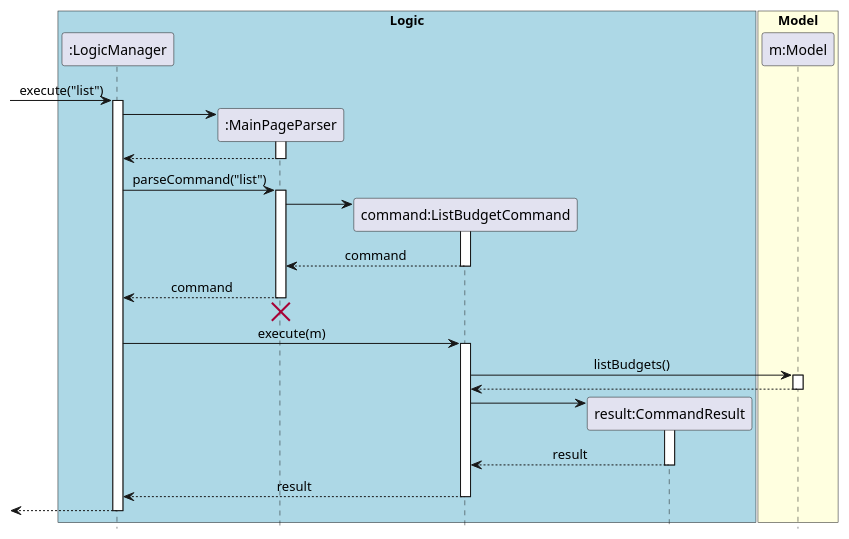
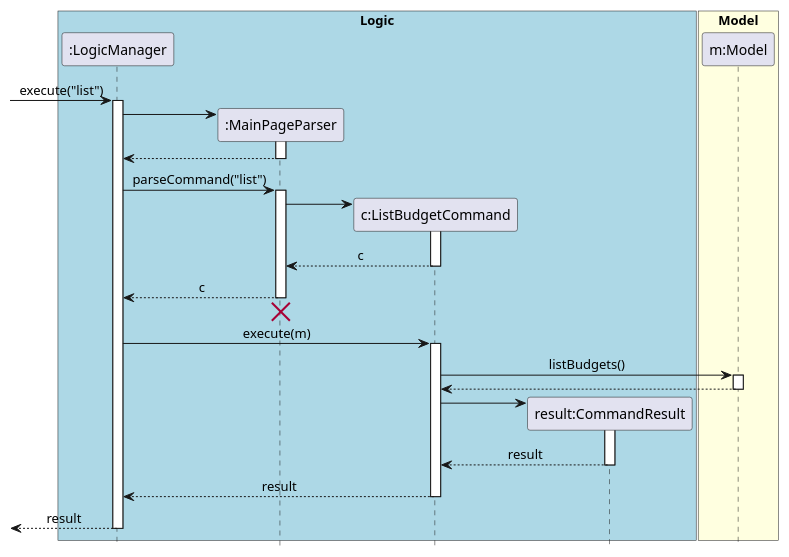
One commit to yu-ming-chen/tp changed the diagram in docs/diagrams/commandsPlantUML/ListBudgetCommand.puml. Above: the diagram before and after it, drawn with PlantUML. The commit also changed 9 other files, not shown here.

Commit message:
Fix sequence diagrams

```diff
--- a/docs/diagrams/commandsPlantUML/ListBudgetCommand.puml
+++ b/docs/diagrams/commandsPlantUML/ListBudgetCommand.puml
@@ -1,59 +1,59 @@
 @startuml
 hide footbox
 skinparam Sequence {
     MessageAlign center
 }
 box "Logic" #LightBlue
 participant ":LogicManager" as LM
 participant ":MainPageParser" as MPP
-participant "command:ListBudgetCommand" as LBC
+participant "c:ListBudgetCommand" as LBC
 participant "result:CommandResult" as CR
 end box
 
 box "Model" #LightYellow
 participant "m:Model" as M
 end box
 
 [-> LM : execute("list")
 activate LM
 create MPP
 LM -> MPP
 activate MPP
 LM <-- MPP
 deactivate MPP
 
 LM -> MPP : parseCommand("list")
 activate MPP
 
 create LBC
 MPP -> LBC
 activate LBC
-MPP <-- LBC : command
+MPP <-- LBC : c
 deactivate LBC
-LM <-- MPP : command
+LM <-- MPP : c
 
 deactivate MPP
 LM <-[hidden]- MPP
 destroy MPP
 
 LM -> LBC : execute(m)
 activate LBC
 
 LBC -> M : listBudgets()
 activate M
 LBC <-- M
 deactivate M
 
 create CR
 LBC -> CR
 activate CR
 LBC <-- CR : result
 deactivate CR
 
 LM <-- LBC : result
 deactivate LBC
 
-[<-- LM
+[<-- LM : result
 deactivate LM
 
 @enduml
```
